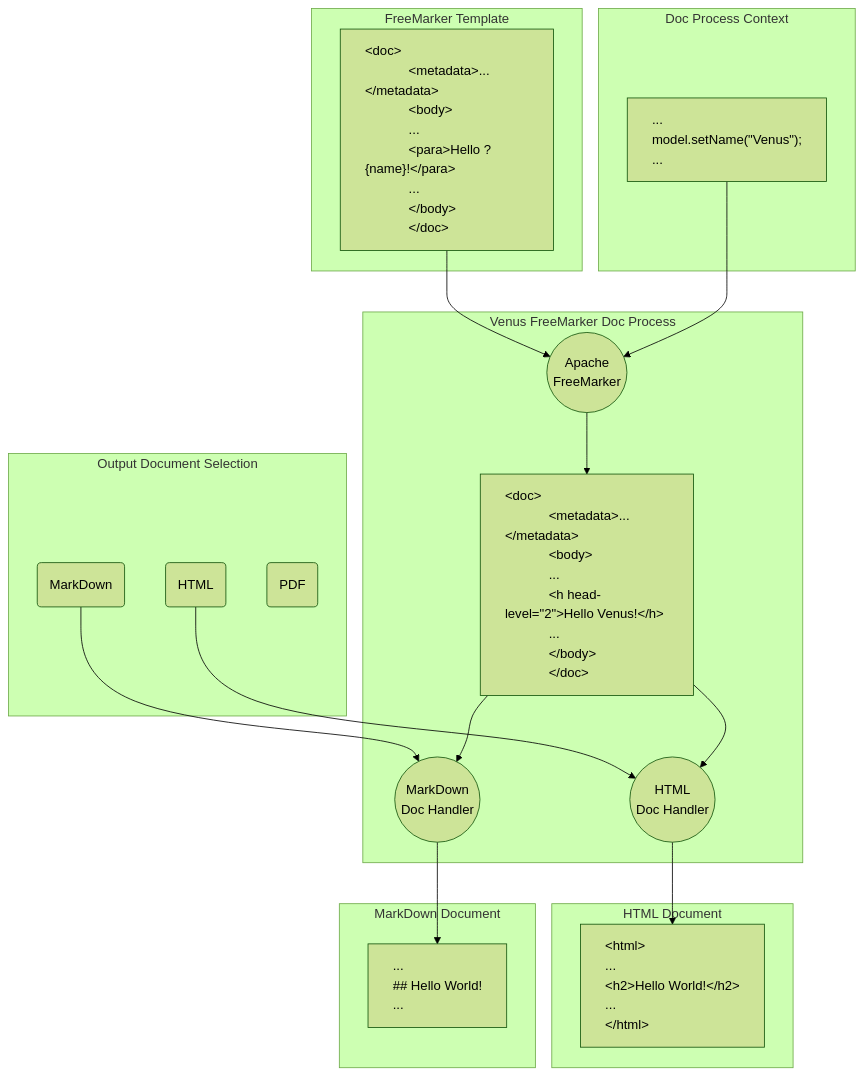
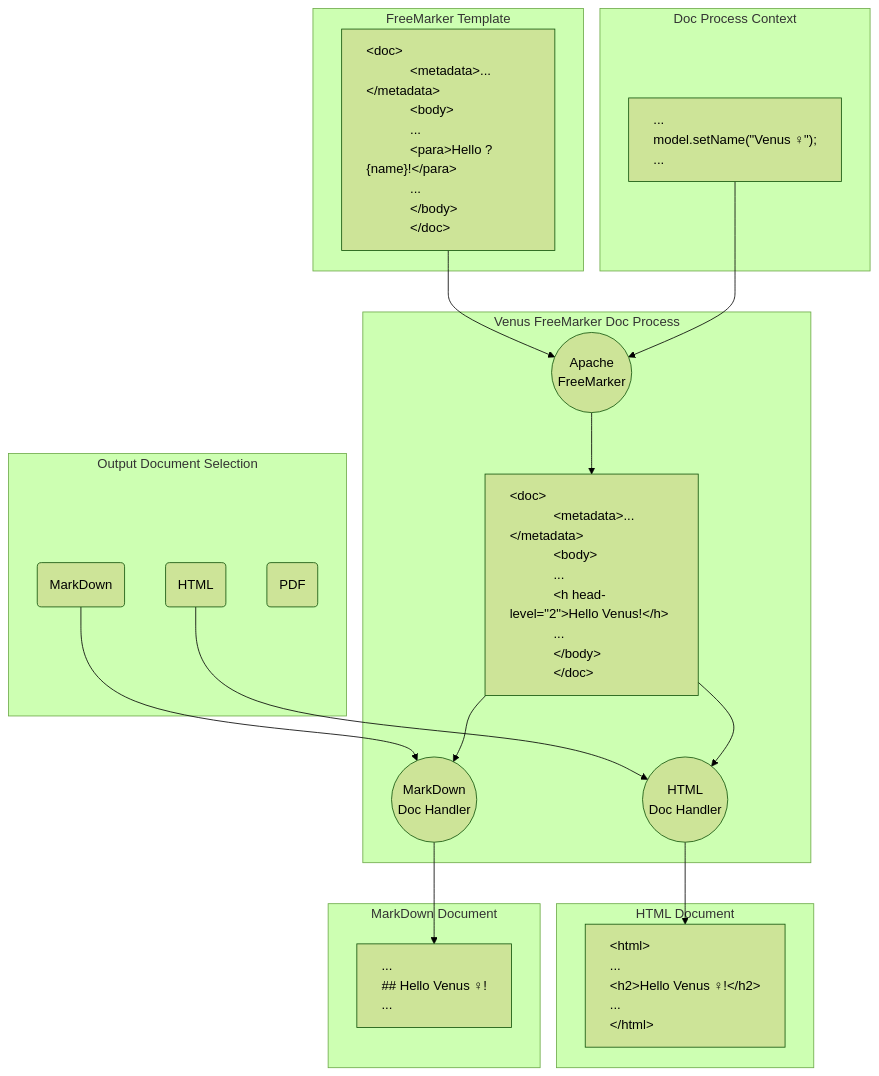
The first of 2 diagrams in fj-doc-guide/src/main/docs/asciidoc/chapters/00_1_what_is.adoc (fugerit-org/fj-doc), drawn with Mermaid (forest theme) before and after one commit.

Commit message:
Fixed diagram

```diff
--- a/fj-doc-guide/src/main/docs/asciidoc/chapters/00_1_what_is.adoc
+++ b/fj-doc-guide/src/main/docs/asciidoc/chapters/00_1_what_is.adoc
@@ -13,63 +13,63 @@
 [mermaid, title="Fugerit Venus Doc engine"]
 ....
 flowchart TD
     T --> F
     J --> F
     I1 --> D1 --> R1
     I2 --> D2 --> R2
     F --> O --> D1
     O --> D2
     subgraph FreeMarker Template
             T["#lt;doc#gt;
             #lt;metadata#gt;...#lt;/metadata#gt;
             #lt;body#gt;
             ...
             #lt;para#gt;Hello ?{name}!#lt;/para#gt;
             ...
             #lt;/body#gt;
             #lt;/doc#gt;"]
             style T text-align:left
     end
     subgraph Doc Process Context
         J["...
-            model.setName(#quot;Venus#quot;);
+            model.setName(#quot;Venus ♀#quot;);
             ..."]
             style J text-align:left
     end
     subgraph Output Document Selection
         I1(HTML)
         I2(MarkDown)
         I3(PDF)
     end
     subgraph Venus FreeMarker Doc Process
             F(("Apache
             FreeMarker"))
             O["#lt;doc#gt;
             #lt;metadata#gt;...#lt;/metadata#gt;
             #lt;body#gt;
             ...
             #lt;h head-level=#quot;2#quot;#gt;Hello Venus!#lt;/h#gt;
             ...
             #lt;/body#gt;
             #lt;/doc#gt;"]
             style O text-align:left
             D1(("HTML
             Doc Handler"))
             D2(("MarkDown
             Doc Handler"))
     end
     subgraph HTML Document
         R1["#lt;html#gt;
         ...
-        #lt;h2#gt;Hello World!#lt;/h2#gt;
+        #lt;h2#gt;Hello Venus ♀!#lt;/h2#gt;
         ...
         #lt;/html#gt;"]
         style R1 text-align:left
     end
     subgraph MarkDown Document
         R2["...
-        ## Hello World!
+        ## Hello Venus ♀!
         ..."]
         style R2 text-align:left
     end
 ....
```
